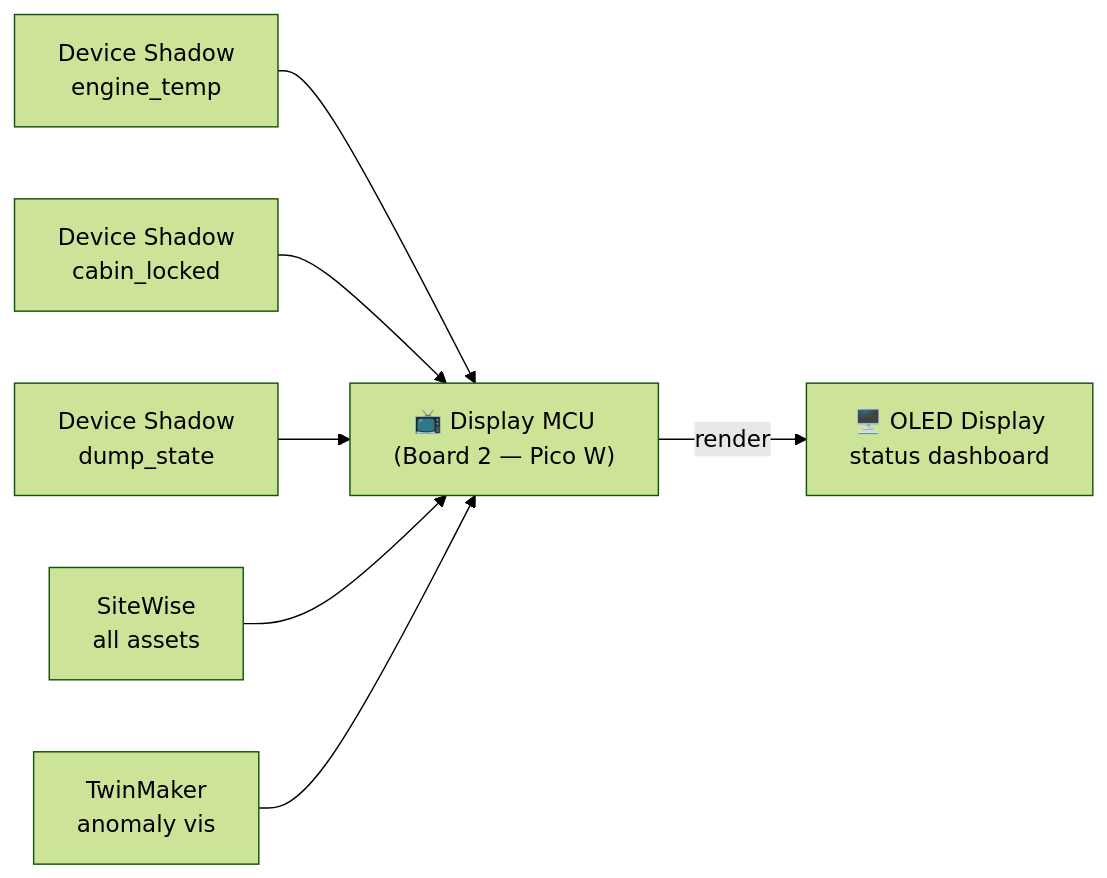
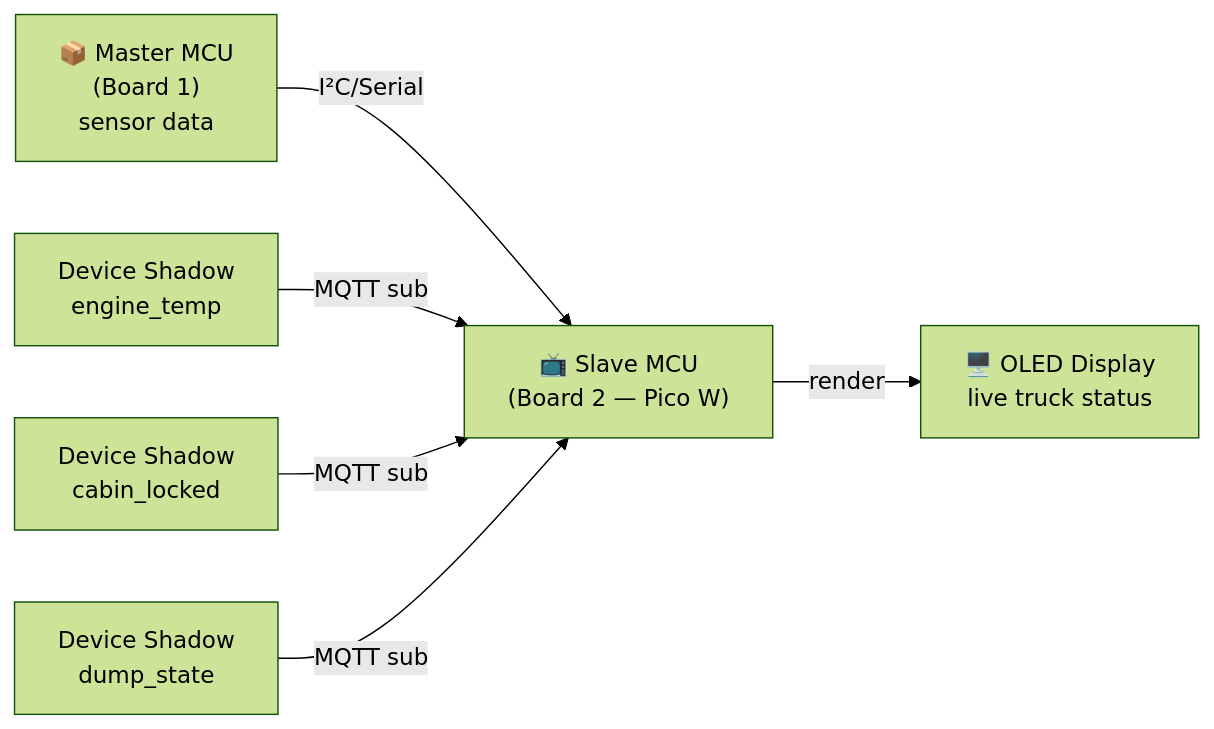
One commit to prgrobots/Iot2_new changed the seventh of 7 diagrams in docs/electronics/09.md. Above: the diagram before and after it, drawn with Mermaid (forest theme). The commit also changed other lines of this file and 60 other files, not shown here.

First line of the commit message:
Update MCU architecture: Remove pit operator role, clarify Master/Slave MCU

````diff
--- a/docs/electronics/09.md
+++ b/docs/electronics/09.md
@@ -267,19 +267,17 @@
 ```mermaid
 graph LR
+    Master["📦 Master MCU<br/>(Board 1)<br/>sensor data"]
     Shadow1["Device Shadow<br/>engine_temp"]
     Shadow2["Device Shadow<br/>cabin_locked"]
     Shadow3["Device Shadow<br/>dump_state"]
-    SW["SiteWise<br/>all assets"]
-    TM["TwinMaker<br/>anomaly vis"]
     
-    Board2["📺 Display MCU<br/>(Board 2 — Pico W)"]
-    OLED["🖥️ OLED Display<br/>status dashboard"]
+    Board2["📺 Slave MCU<br/>(Board 2 — Pico W)"]
+    OLED["🖥️ OLED Display<br/>live truck status"]
     
-    Shadow1 --> Board2
-    Shadow2 --> Board2
-    Shadow3 --> Board2
-    SW --> Board2
-    TM --> Board2
+    Master -->|I²C/Serial| Board2
+    Shadow1 -->|MQTT sub| Board2
+    Shadow2 -->|MQTT sub| Board2
+    Shadow3 -->|MQTT sub| Board2
     
     Board2 -->|render| OLED
 ```
````
